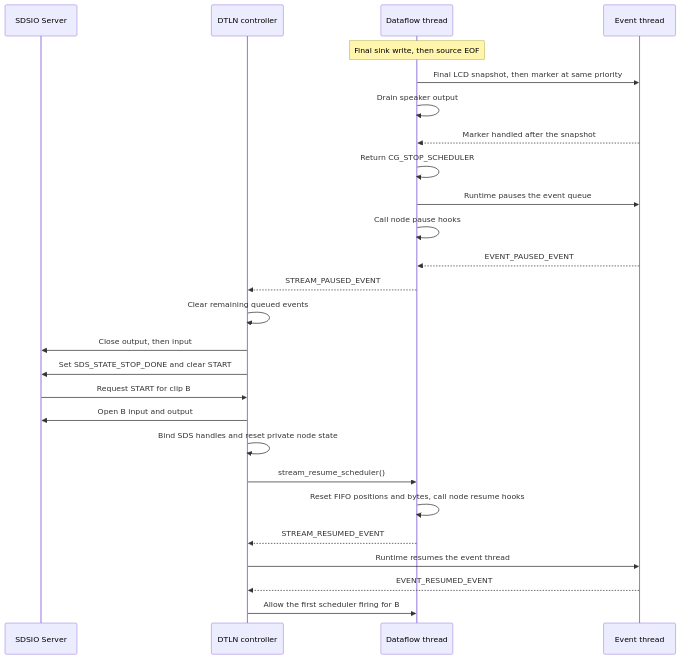
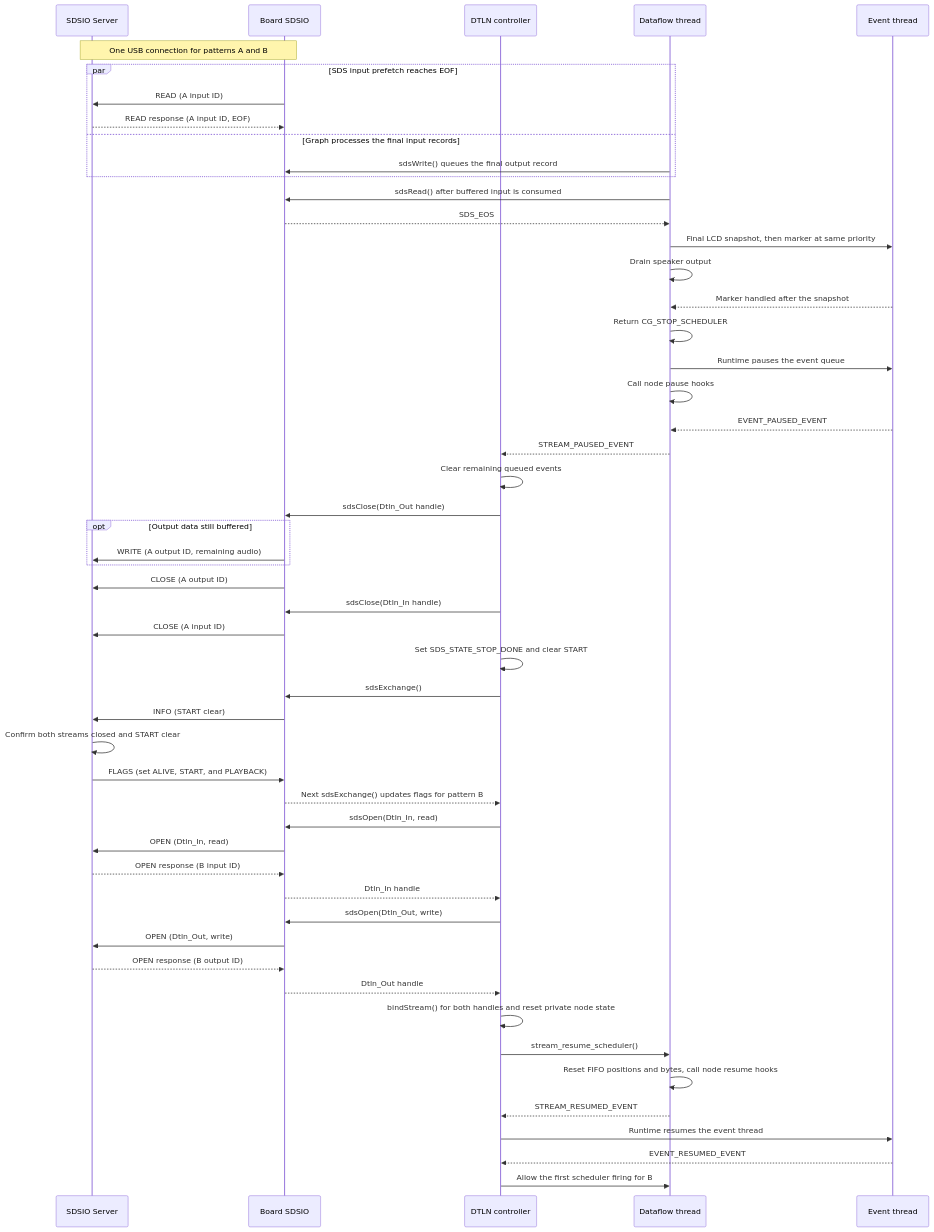
Before and after one commit to christophe0606/EthosCatalog: the diagram in projects/dtln_aec/SDS_TESTS.md, drawn with Mermaid. The commit also changed other lines of this file, not shown here.

Commit message:
Improve SDS test documentation for stln

````diff
--- a/projects/dtln_aec/SDS_TESTS.md
+++ b/projects/dtln_aec/SDS_TESTS.md
@@ -43,28 +82,54 @@
 ```mermaid
 sequenceDiagram
     participant Host as SDSIO Server
+    participant SDS as Board SDSIO
     participant Demo as DTLN controller
     participant Flow as Dataflow thread
     participant Events as Event thread
-    Note over Flow: Final sink write, then source EOF
+    Note over Host,SDS: One USB connection for patterns A and B
+    par SDS input prefetch reaches EOF
+        SDS->>Host: READ (A input ID)
+        Host-->>SDS: READ response (A input ID, EOF)
+    and Graph processes the final input records
+        Flow->>SDS: sdsWrite() queues the final output record
+    end
+    Flow->>SDS: sdsRead() after buffered input is consumed
+    SDS-->>Flow: SDS_EOS
     Flow->>Events: Final LCD snapshot, then marker at same priority
     Flow->>Flow: Drain speaker output
     Events-->>Flow: Marker handled after the snapshot
     Flow->>Flow: Return CG_STOP_SCHEDULER
     Flow->>Events: Runtime pauses the event queue
     Flow->>Flow: Call node pause hooks
     Events-->>Flow: EVENT_PAUSED_EVENT
     Flow-->>Demo: STREAM_PAUSED_EVENT
     Demo->>Demo: Clear remaining queued events
-    Demo->>Host: Close output, then input
-    Demo->>Host: Set SDS_STATE_STOP_DONE and clear START
-    Host->>Demo: Request START for clip B
-    Demo->>Host: Open B input and output
-    Demo->>Demo: Bind SDS handles and reset private node state
+    Demo->>SDS: sdsClose(Dtln_Out handle)
+    opt Output data still buffered
+        SDS->>Host: WRITE (A output ID, remaining audio)
+    end
+    SDS->>Host: CLOSE (A output ID)
+    Demo->>SDS: sdsClose(Dtln_In handle)
+    SDS->>Host: CLOSE (A input ID)
+    Demo->>Demo: Set SDS_STATE_STOP_DONE and clear START
+    Demo->>SDS: sdsExchange()
+    SDS->>Host: INFO (START clear)
+    Host->>Host: Confirm both streams closed and START clear
+    Host->>SDS: FLAGS (set ALIVE, START, and PLAYBACK)
+    SDS-->>Demo: Next sdsExchange() updates flags for pattern B
+    Demo->>SDS: sdsOpen(Dtln_In, read)
+    SDS->>Host: OPEN (Dtln_In, read)
+    Host-->>SDS: OPEN response (B input ID)
+    SDS-->>Demo: Dtln_In handle
+    Demo->>SDS: sdsOpen(Dtln_Out, write)
+    SDS->>Host: OPEN (Dtln_Out, write)
+    Host-->>SDS: OPEN response (B output ID)
+    SDS-->>Demo: Dtln_Out handle
+    Demo->>Demo: bindStream() for both handles and reset private node state
     Demo->>Flow: stream_resume_scheduler()
     Flow->>Flow: Reset FIFO positions and bytes, call node resume hooks
     Flow-->>Demo: STREAM_RESUMED_EVENT
     Demo->>Events: Runtime resumes the event thread
     Events-->>Demo: EVENT_RESUMED_EVENT
     Demo->>Flow: Allow the first scheduler firing for B
 ```
````
